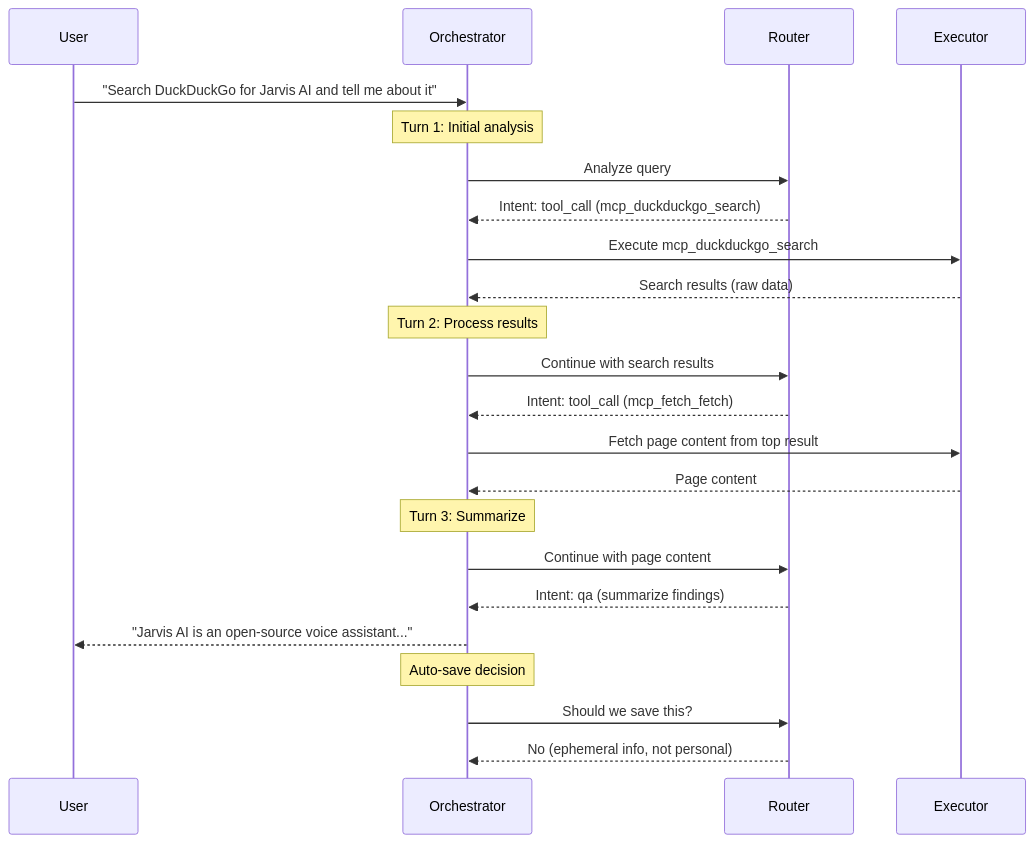
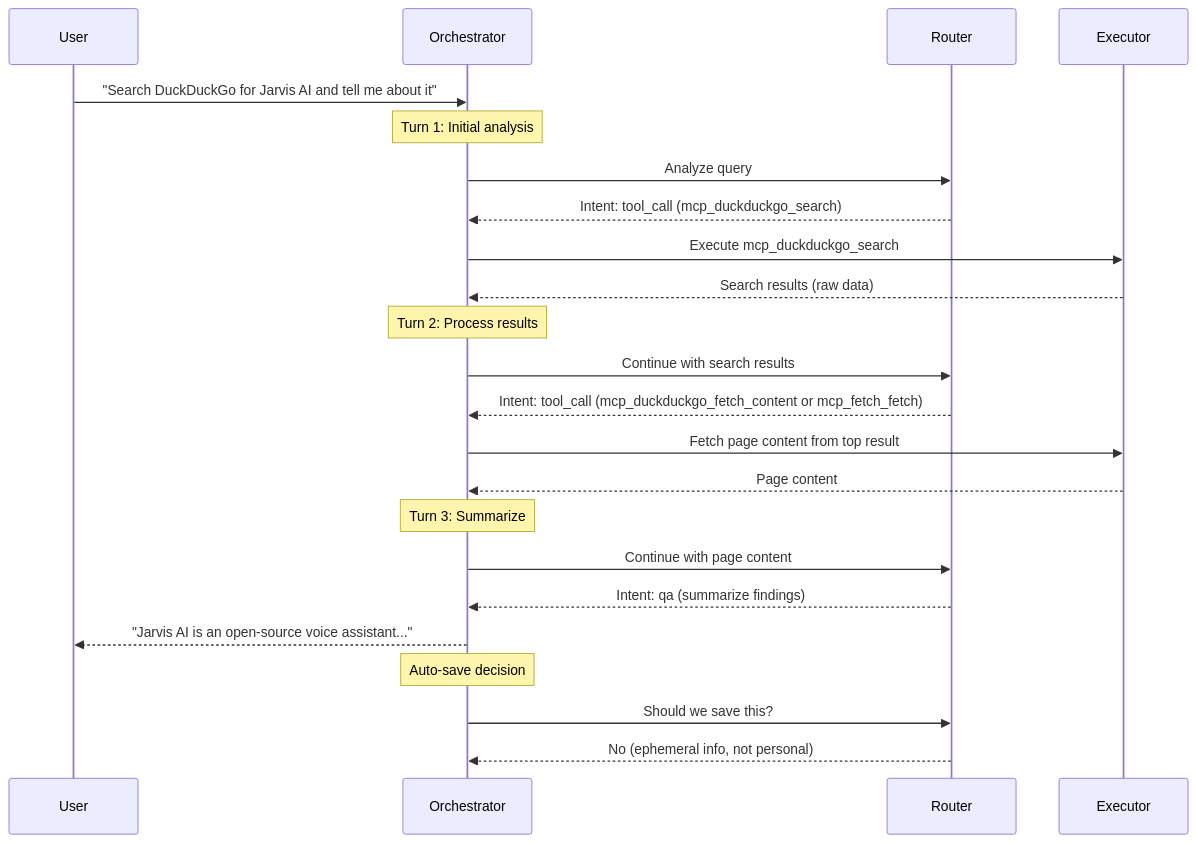
One commit to bigsk1/jarvis-voice changed the eighth of 15 diagrams in docs/JARVIS_WORKFLOW.md. Above: the diagram before and after it, drawn with Mermaid. The commit also changed other lines of this file and 9 other files, not shown here.

````diff
--- a/docs/JARVIS_WORKFLOW.md
+++ b/docs/JARVIS_WORKFLOW.md
@@ -685,30 +685,30 @@
 ```mermaid
 sequenceDiagram
     participant U as User
     participant O as Orchestrator
     participant R as Router
     participant E as Executor
 
     U->>O: "Search DuckDuckGo for Jarvis AI and tell me about it"
 
     Note over O: Turn 1: Initial analysis
     O->>R: Analyze query
     R-->>O: Intent: tool_call (mcp_duckduckgo_search)
     O->>E: Execute mcp_duckduckgo_search
     E-->>O: Search results (raw data)
 
     Note over O: Turn 2: Process results
     O->>R: Continue with search results
-    R-->>O: Intent: tool_call (mcp_fetch_fetch)
+    R-->>O: Intent: tool_call (mcp_duckduckgo_fetch_content or mcp_fetch_fetch)
     O->>E: Fetch page content from top result
     E-->>O: Page content
 
     Note over O: Turn 3: Summarize
     O->>R: Continue with page content
     R-->>O: Intent: qa (summarize findings)
     O-->>U: "Jarvis AI is an open-source voice assistant..."
 
     Note over O: Auto-save decision
     O->>R: Should we save this?
     R-->>O: No (ephemeral info, not personal)
 ```
````
